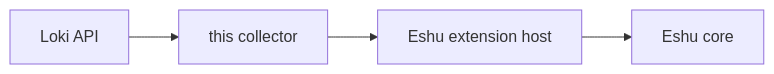
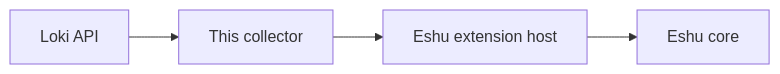
One commit to eshu-hq/eshu-collector-loki changed the diagram in README.md. Above: the diagram before and after it, drawn with Mermaid. The commit also changed other lines of this file and 12 other files, not shown here.

````diff
--- a/README.md
+++ b/README.md
@@ -24,6 +7,6 @@
 ```mermaid
 flowchart LR
-    A[Loki API] --> B[this collector]
-    B --> C[Eshu extension host]
-    C --> D[Eshu core]
+    A["Loki API"] --> B["This collector"]
+    B --> C["Eshu extension host"]
+    C --> D["Eshu core"]
 ```
````
